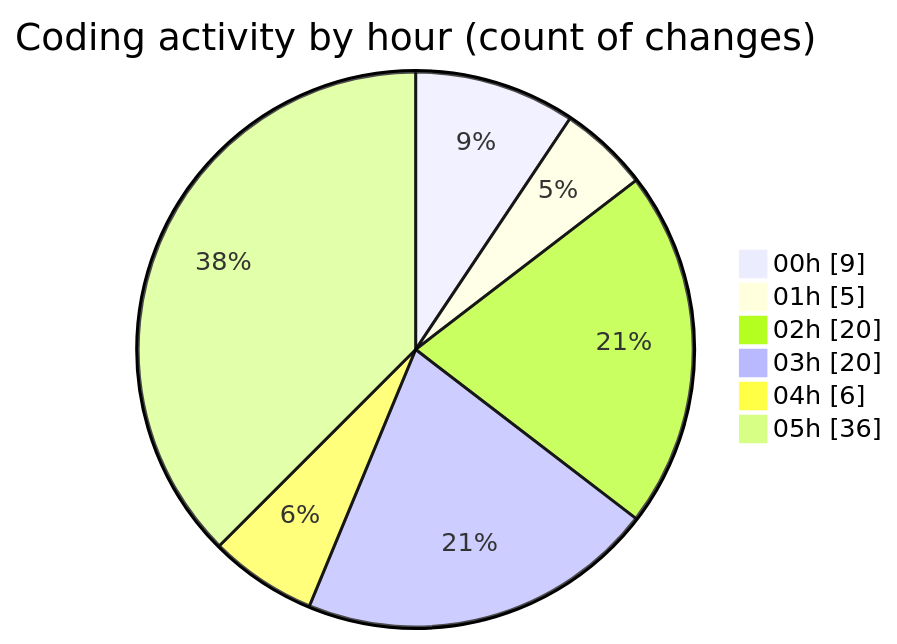
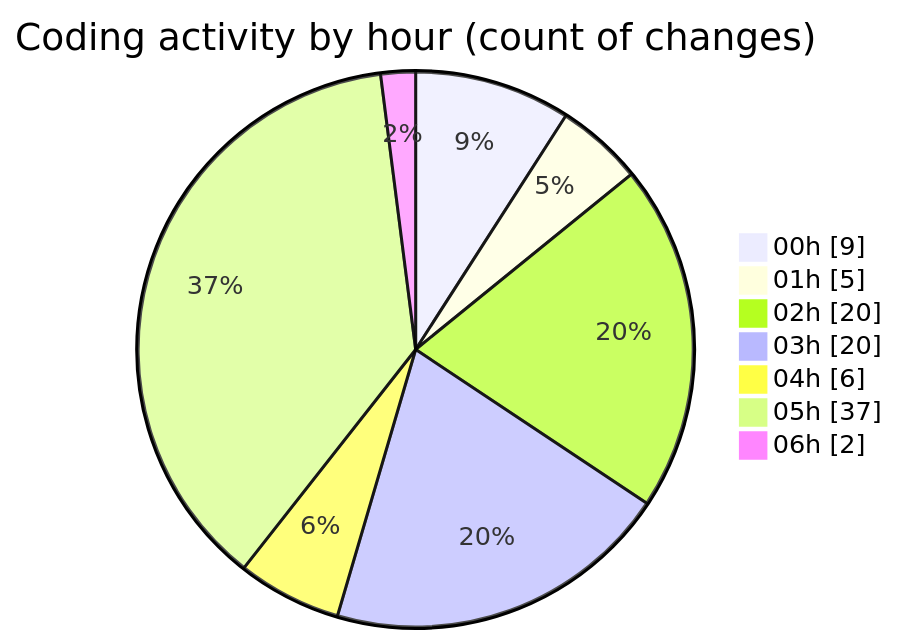
One commit to lephambinh05/code-tracking changed the second of 2 diagrams in 2025-08-05/studybuddy/README.md. Above: the diagram before and after it, drawn with Mermaid. The commit also changed other lines of this file and 1 other file, not shown here.

````diff
--- a/2025-08-05/studybuddy/README.md
+++ b/2025-08-05/studybuddy/README.md
@@ -59,10 +59,11 @@
 ```mermaid
 pie showData
 title Coding activity by hour (count of changes)
 "00h" : 9
 "01h" : 5
 "02h" : 20
 "03h" : 20
 "04h" : 6
-"05h" : 36
+"05h" : 37
+"06h" : 2
 ```
````
